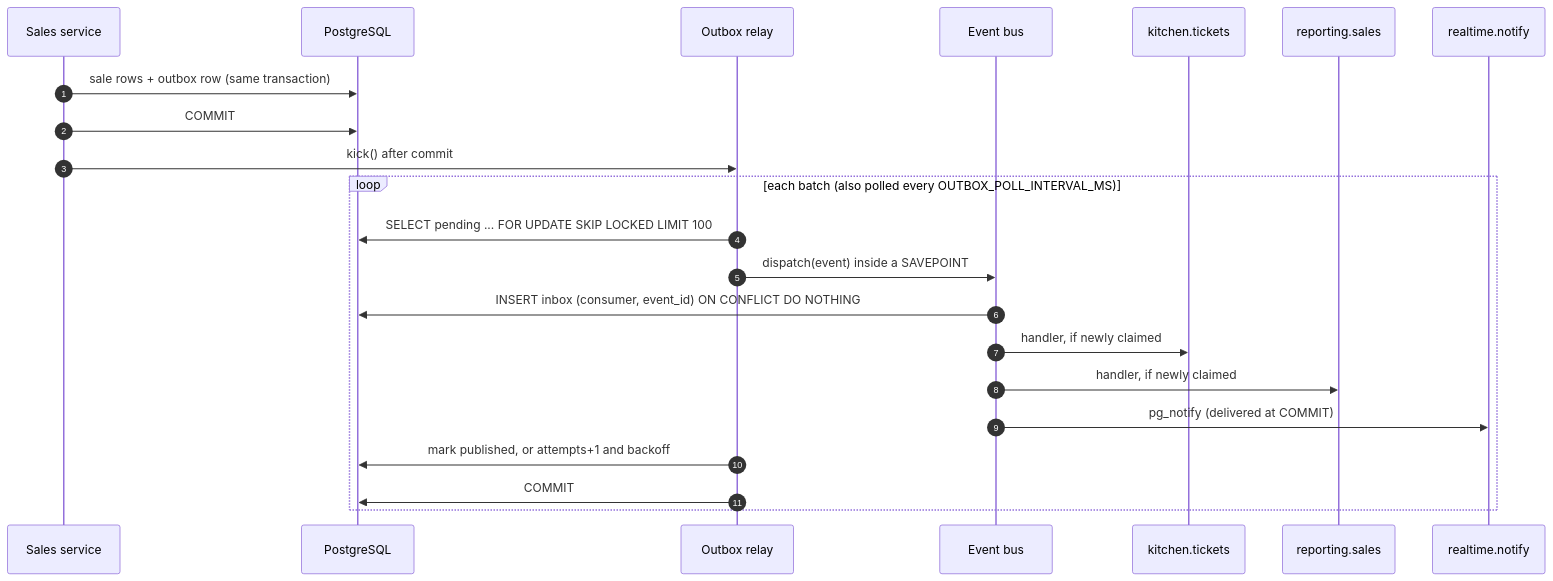
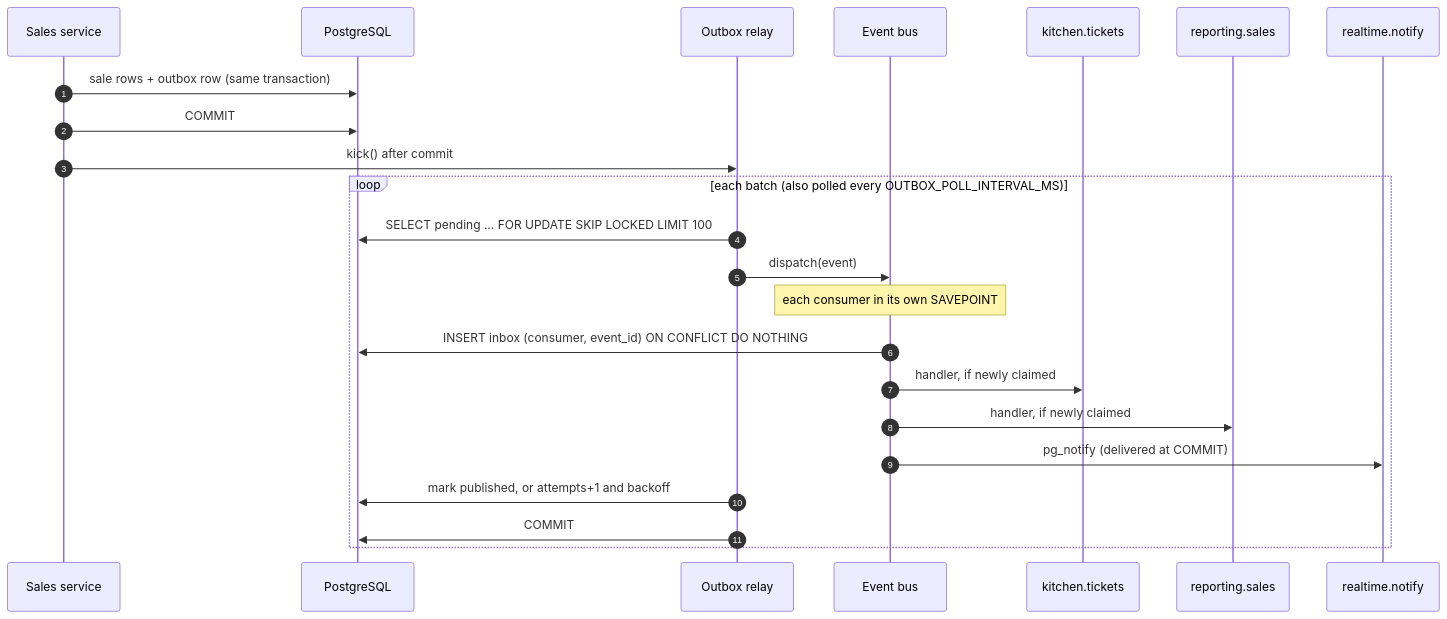
The sixth of 7 diagrams in docs/architecture.md (mdraselswe/tablewise-hq), drawn with Mermaid before and after one commit. The commit also changed other lines of this file and 2 other files, not shown here.

Commit message:
docs: document consumer isolation, event replay, live session checks and the stock policy

````diff
--- a/docs/architecture.md
+++ b/docs/architecture.md
@@ -365,25 +365,26 @@
 ```mermaid
 sequenceDiagram
   autonumber
   participant Svc as Sales service
   participant DB as PostgreSQL
   participant Relay as Outbox relay
   participant Bus as Event bus
   participant K as kitchen.tickets
   participant R as reporting.sales
   participant N as realtime.notify
 
   Svc->>DB: sale rows + outbox row (same transaction)
   Svc->>DB: COMMIT
   Svc->>Relay: kick() after commit
   loop each batch (also polled every OUTBOX_POLL_INTERVAL_MS)
     Relay->>DB: SELECT pending ... FOR UPDATE SKIP LOCKED LIMIT 100
-    Relay->>Bus: dispatch(event) inside a SAVEPOINT
+    Relay->>Bus: dispatch(event)
+    Note over Bus: each consumer in its own SAVEPOINT
     Bus->>DB: INSERT inbox (consumer, event_id) ON CONFLICT DO NOTHING
     Bus->>K: handler, if newly claimed
     Bus->>R: handler, if newly claimed
     Bus->>N: pg_notify (delivered at COMMIT)
     Relay->>DB: mark published, or attempts+1 and backoff
     Relay->>DB: COMMIT
   end
 ```
````
